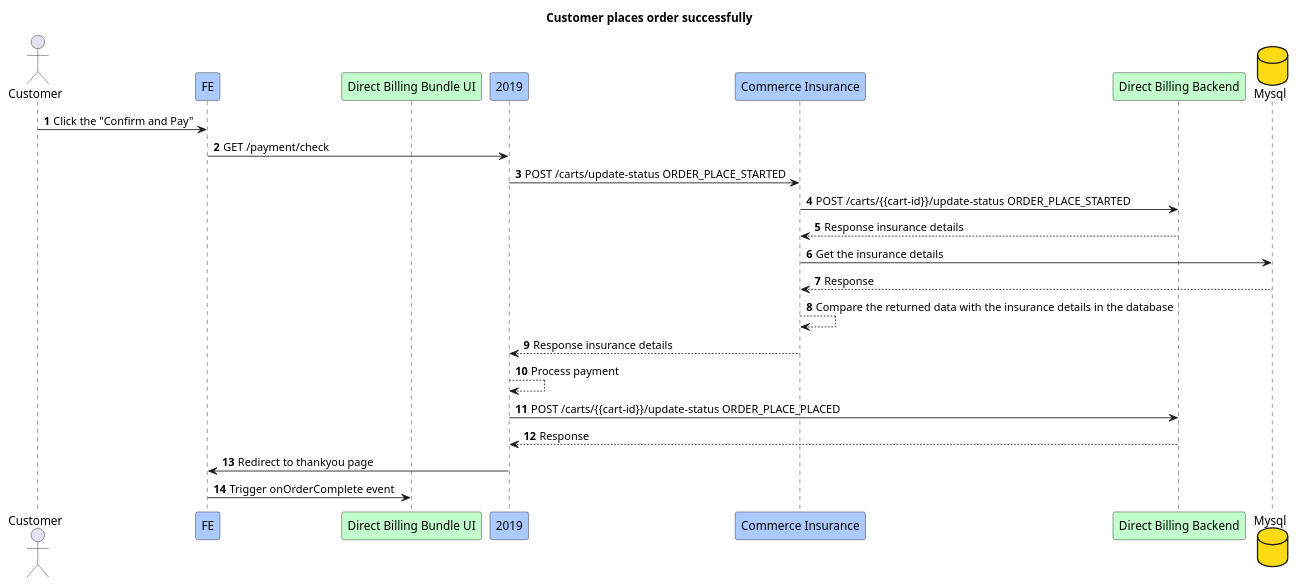
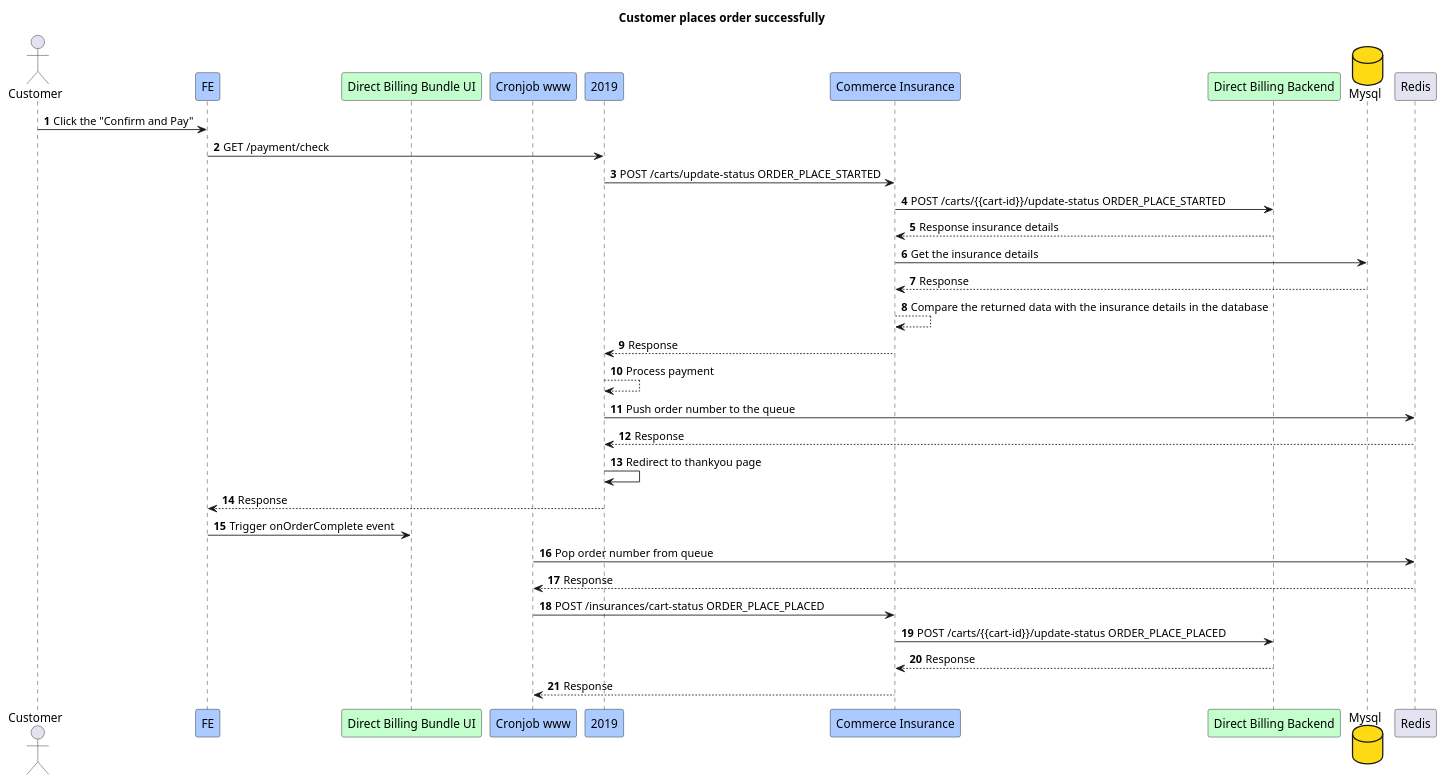
One commit to Jayounger/EyeMed-Sequence-Diagram changed the diagram in 12.Customer places order successfully.puml. Above: the diagram before and after it, drawn with PlantUML. The commit also changed 13 other files, not shown here.

```diff
--- a/12.Customer places order successfully.puml
+++ b/12.Customer places order successfully.puml
@@ -1,29 +1,40 @@
 @startuml
 title Customer places order successfully
 actor Customer
 participant FE #abcaff
 participant "Direct Billing Bundle UI" #c3ffcd
+participant "Cronjob www" #abcaff
 participant "2019" #abcaff
 participant "Commerce Insurance" #abcaff
 participant "Direct Billing Backend" #c3ffcd
 database "Mysql" #fdda14
 
 autonumber
 Customer -> FE:Click the "Confirm and Pay"
 FE -> 2019:GET /payment/check
 2019 -> "Commerce Insurance":POST /carts/update-status ORDER_PLACE_STARTED
 "Commerce Insurance" -> "Direct Billing Backend":POST /carts/{{cart-id}}/update-status ORDER_PLACE_STARTED
 "Direct Billing Backend" --> "Commerce Insurance":Response insurance details
 "Commerce Insurance" -> "Mysql":Get the insurance details
 "Mysql" --> "Commerce Insurance":Response
 "Commerce Insurance" --> "Commerce Insurance" :Compare the returned data with the insurance details in the database
-"Commerce Insurance"  --> 2019:Response insurance details
+"Commerce Insurance"  --> 2019:Response
 
 2019 --> 2019:Process payment
-2019 -> "Direct Billing Backend":POST /carts/{{cart-id}}/update-status ORDER_PLACE_PLACED
-"Direct Billing Backend" --> 2019:Response
-2019 -> FE:Redirect to thankyou page
+2019 -> "Redis":Push order number to the queue
+"Redis" --> 2019:Response
+2019 -> 2019:Redirect to thankyou page
+2019 --> FE: Response
 FE -> "Direct Billing Bundle UI":Trigger onOrderComplete event <font color=red>
+
+"Cronjob www" -> "Redis":Pop order number from queue
+"Redis" --> "Cronjob www": Response
+"Cronjob www" -> "Commerce Insurance":POST /insurances/cart-status ORDER_PLACE_PLACED
+"Commerce Insurance" -> "Direct Billing Backend":POST /carts/{{cart-id}}/update-status ORDER_PLACE_PLACED
+"Direct Billing Backend" --> "Commerce Insurance":Response
+"Commerce Insurance" --> "Cronjob www":Response
+
+
 
 
 @enduml
```
